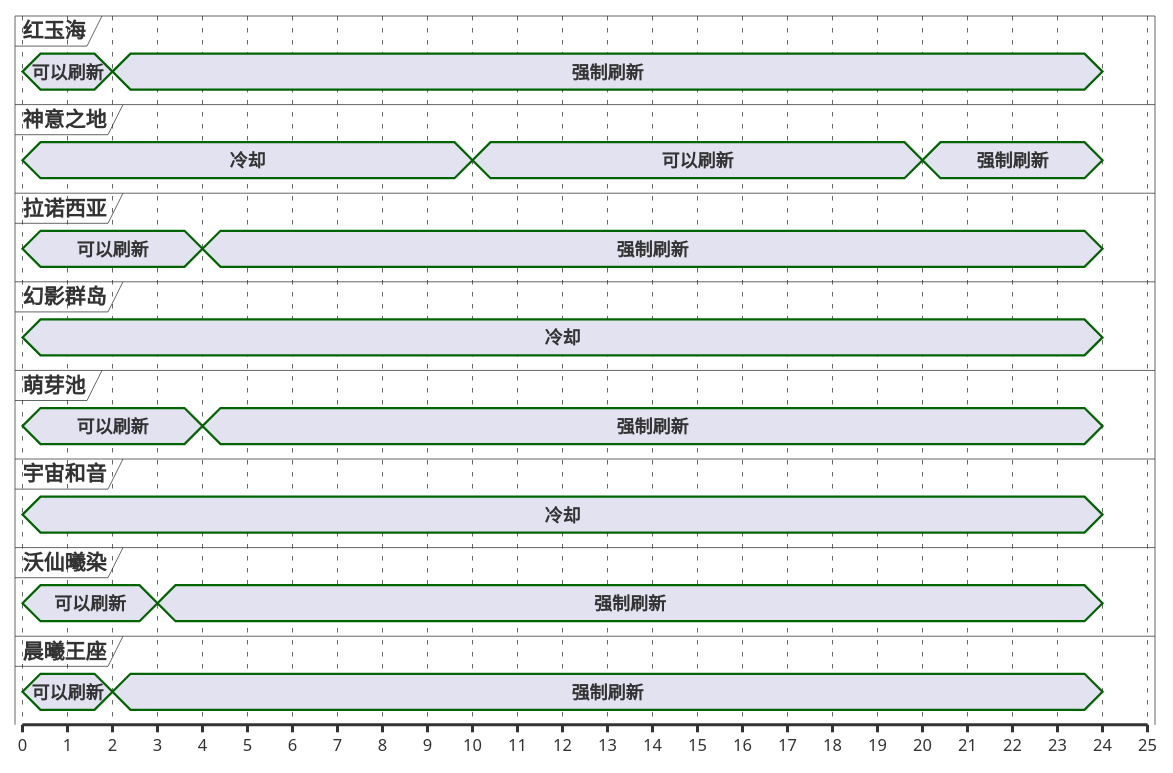
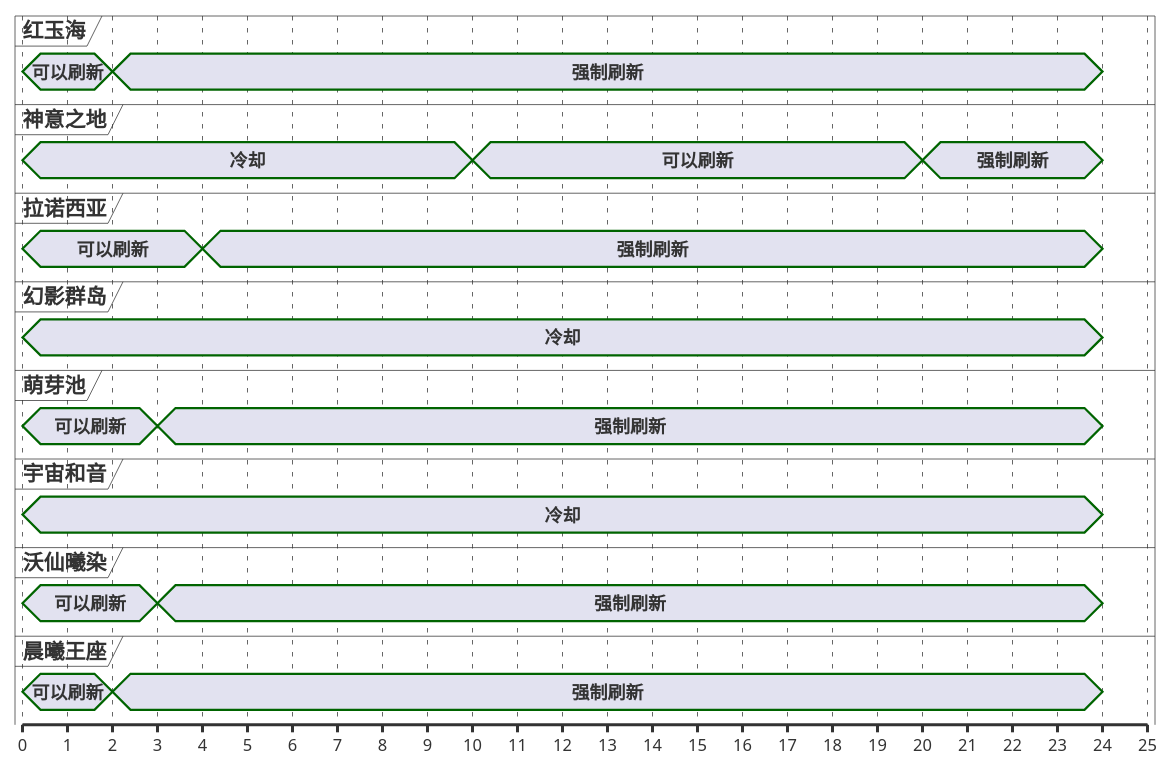
One commit to Eroleice/doc-pi changed the first of 13 diagrams in ffxiv/hunt/2.0/Nunyunuwi.md. Above: the diagram before and after it, drawn with PlantUML. The commit also changed other lines of this file and 38 other files, not shown here.

````diff
--- a/ffxiv/hunt/2.0/Nunyunuwi.md
+++ b/ffxiv/hunt/2.0/Nunyunuwi.md
@@ -33,54 +33,54 @@
 ```plantuml
 @startuml
 scale 1 as 30 pixels
 
 concise 红玉海
 concise 神意之地
 concise 拉诺西亚
 concise 幻影群岛
 concise 萌芽池
 concise 宇宙和音
 concise 沃仙曦染
 concise 晨曦王座
 
 @红玉海
 0 is 可以刷新
 2 is 强制刷新
 24 is {hidden}
 
 @晨曦王座
 0 is 可以刷新
 2 is 强制刷新
 24 is {hidden}
 
 @沃仙曦染
 0 is 可以刷新
 3 is 强制刷新
 24 is {hidden}
 
 @萌芽池
 0 is 可以刷新
-4 is 强制刷新
+3 is 强制刷新
 24 is {hidden}
 
 @拉诺西亚
 0 is 可以刷新
 4 is 强制刷新
 24 is {hidden}
 
 @神意之地
 0 is 冷却
 10 is 可以刷新
 20 is 强制刷新
 24 is {hidden}
 
 @宇宙和音
 0 is 冷却
 24 is {hidden}
 
 @幻影群岛
 0 is 冷却
 24 is {hidden}
 
 @enduml
 ```
````
